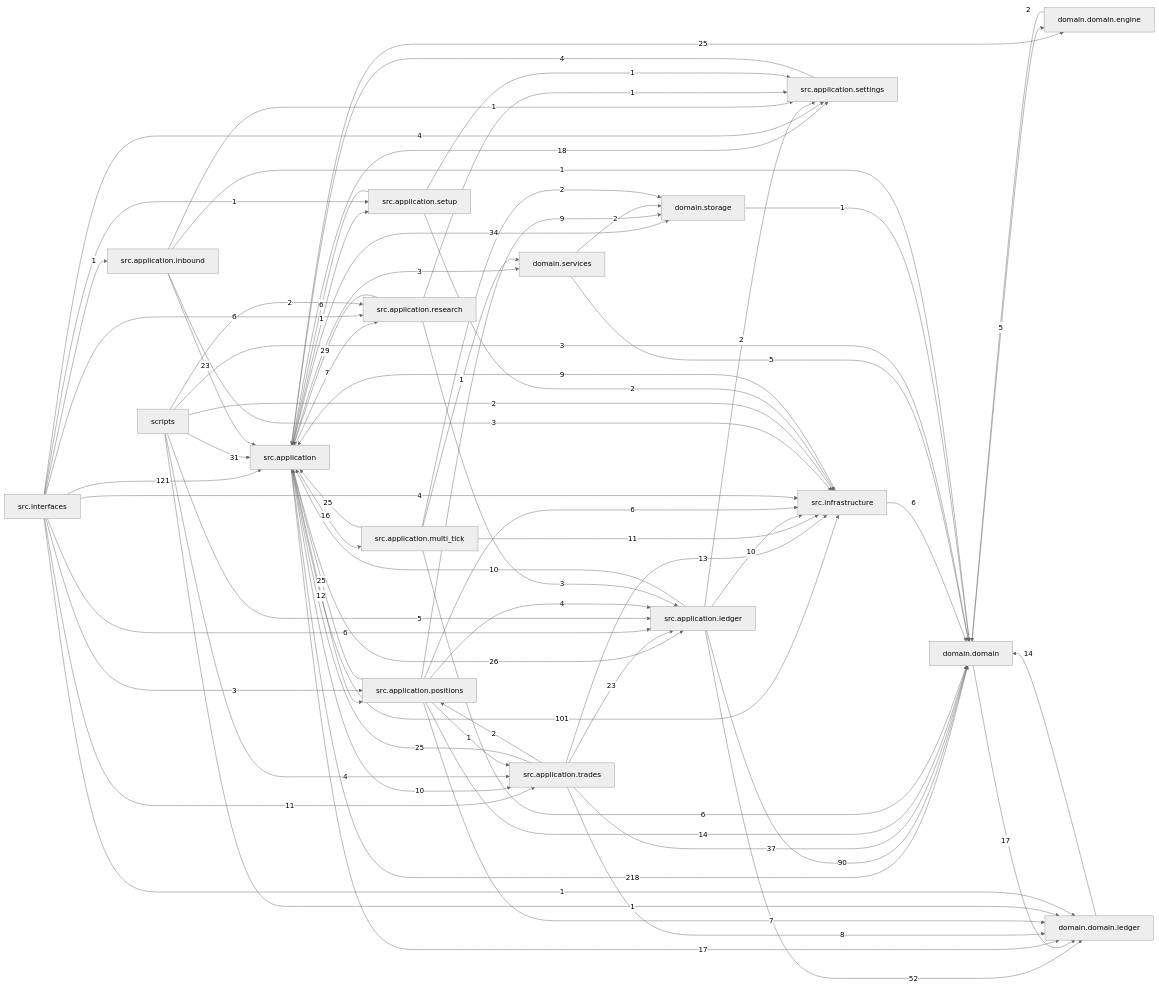
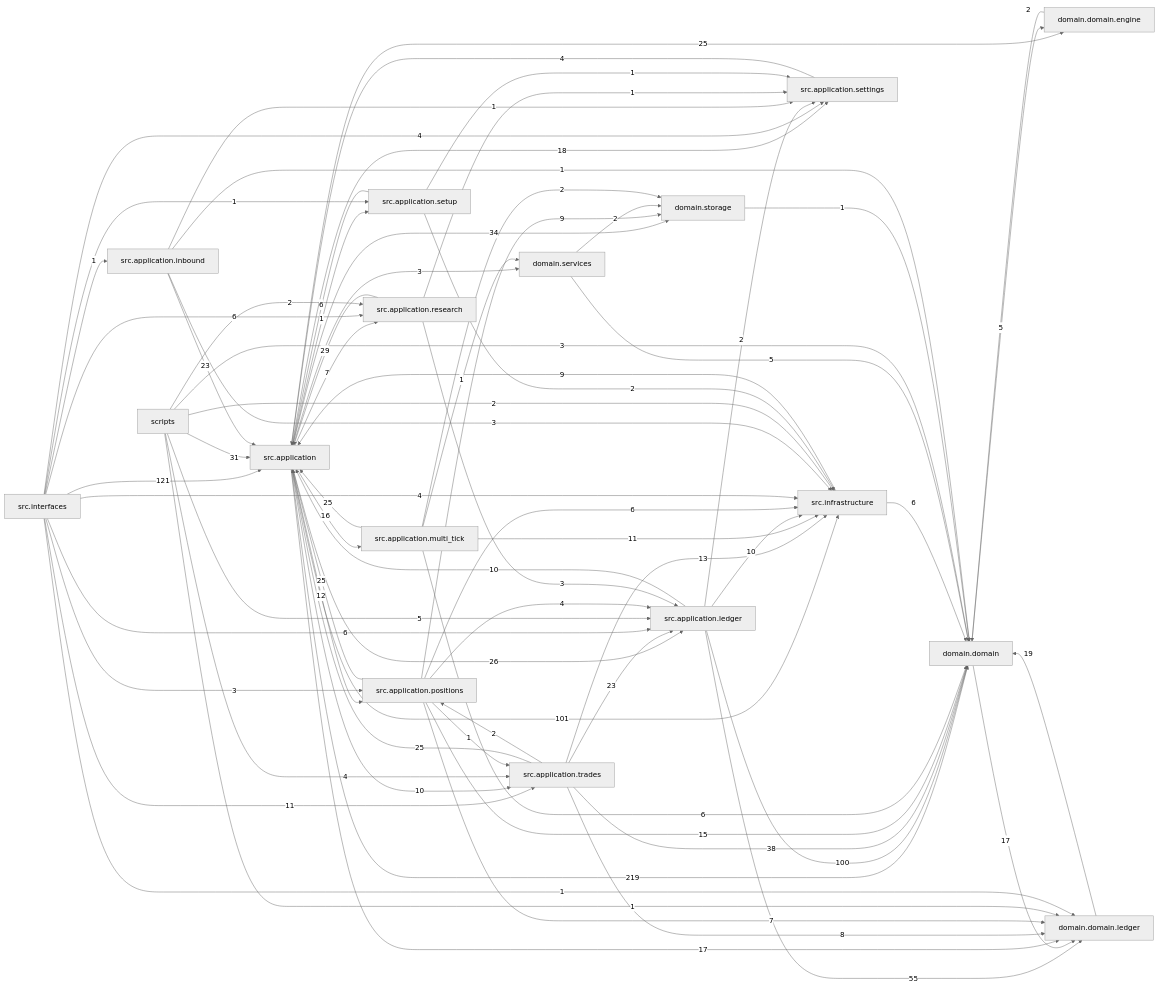
The diagram in docs/dependency_graph.mmd (liuxie066/options-monitor), drawn with Mermaid (neutral theme) before and after one commit. The commit also changed 158 other files, not shown here.

```diff
--- a/docs/dependency_graph.mmd
+++ b/docs/dependency_graph.mmd
@@ -1,74 +1,74 @@
 flowchart LR
-  src_application["src.application"] -->|218| domain_domain["domain.domain"]
+  src_application["src.application"] -->|219| domain_domain["domain.domain"]
   src_interfaces["src.interfaces"] -->|121| src_application["src.application"]
   src_application["src.application"] -->|101| src_infrastructure["src.infrastructure"]
-  src_application_ledger["src.application.ledger"] -->|90| domain_domain["domain.domain"]
-  src_application_ledger["src.application.ledger"] -->|52| domain_domain_ledger["domain.domain.ledger"]
-  src_application_trades["src.application.trades"] -->|37| domain_domain["domain.domain"]
+  src_application_ledger["src.application.ledger"] -->|100| domain_domain["domain.domain"]
+  src_application_ledger["src.application.ledger"] -->|55| domain_domain_ledger["domain.domain.ledger"]
+  src_application_trades["src.application.trades"] -->|38| domain_domain["domain.domain"]
   src_application["src.application"] -->|34| domain_storage["domain.storage"]
   scripts["scripts"] -->|31| src_application["src.application"]
   src_application_research["src.application.research"] -->|29| src_application["src.application"]
   src_application["src.application"] -->|26| src_application_ledger["src.application.ledger"]
   src_application["src.application"] -->|25| domain_domain_engine["domain.domain.engine"]
   src_application_multi_tick["src.application.multi_tick"] -->|25| src_application["src.application"]
   src_application_positions["src.application.positions"] -->|25| src_application["src.application"]
   src_application_trades["src.application.trades"] -->|25| src_application["src.application"]
   src_application_inbound["src.application.inbound"] -->|23| src_application["src.application"]
   src_application_trades["src.application.trades"] -->|23| src_application_ledger["src.application.ledger"]
+  domain_domain_ledger["domain.domain.ledger"] -->|19| domain_domain["domain.domain"]
   src_application["src.application"] -->|18| src_application_settings["src.application.settings"]
   domain_domain["domain.domain"] -->|17| domain_domain_ledger["domain.domain.ledger"]
   src_application["src.application"] -->|17| domain_domain_ledger["domain.domain.ledger"]
   src_application["src.application"] -->|16| src_application_multi_tick["src.application.multi_tick"]
-  domain_domain_ledger["domain.domain.ledger"] -->|14| domain_domain["domain.domain"]
-  src_application_positions["src.application.positions"] -->|14| domain_domain["domain.domain"]
+  src_application_positions["src.application.positions"] -->|15| domain_domain["domain.domain"]
   src_application_trades["src.application.trades"] -->|13| src_infrastructure["src.infrastructure"]
   src_application["src.application"] -->|12| src_application_positions["src.application.positions"]
   src_application_multi_tick["src.application.multi_tick"] -->|11| src_infrastructure["src.infrastructure"]
   src_interfaces["src.interfaces"] -->|11| src_application_trades["src.application.trades"]
   src_application["src.application"] -->|10| src_application_trades["src.application.trades"]
   src_application_ledger["src.application.ledger"] -->|10| src_application["src.application"]
   src_application_ledger["src.application.ledger"] -->|10| src_infrastructure["src.infrastructure"]
   src_application_positions["src.application.positions"] -->|9| domain_storage["domain.storage"]
   src_infrastructure["src.infrastructure"] -->|9| src_application["src.application"]
   src_application_trades["src.application.trades"] -->|8| domain_domain_ledger["domain.domain.ledger"]
   src_application["src.application"] -->|7| src_application_research["src.application.research"]
   src_application_positions["src.application.positions"] -->|7| domain_domain_ledger["domain.domain.ledger"]
   src_application_multi_tick["src.application.multi_tick"] -->|6| domain_domain["domain.domain"]
   src_application_positions["src.application.positions"] -->|6| src_infrastructure["src.infrastructure"]
   src_application_setup["src.application.setup"] -->|6| src_application["src.application"]
   src_infrastructure["src.infrastructure"] -->|6| domain_domain["domain.domain"]
   src_interfaces["src.interfaces"] -->|6| src_application_ledger["src.application.ledger"]
   src_interfaces["src.interfaces"] -->|6| src_application_research["src.application.research"]
   domain_domain["domain.domain"] -->|5| domain_domain_engine["domain.domain.engine"]
   domain_services["domain.services"] -->|5| domain_domain["domain.domain"]
   scripts["scripts"] -->|5| src_application_ledger["src.application.ledger"]
   scripts["scripts"] -->|4| src_application_trades["src.application.trades"]
   src_application_positions["src.application.positions"] -->|4| src_application_ledger["src.application.ledger"]
   src_application_settings["src.application.settings"] -->|4| src_application["src.application"]
   src_interfaces["src.interfaces"] -->|4| src_application_settings["src.application.settings"]
   src_interfaces["src.interfaces"] -->|4| src_infrastructure["src.infrastructure"]
   scripts["scripts"] -->|3| domain_domain["domain.domain"]
   src_application["src.application"] -->|3| domain_services["domain.services"]
   src_application_inbound["src.application.inbound"] -->|3| src_infrastructure["src.infrastructure"]
   src_application_research["src.application.research"] -->|3| src_application_ledger["src.application.ledger"]
   src_interfaces["src.interfaces"] -->|3| src_application_positions["src.application.positions"]
   domain_domain_engine["domain.domain.engine"] -->|2| domain_domain["domain.domain"]
   domain_services["domain.services"] -->|2| domain_storage["domain.storage"]
   scripts["scripts"] -->|2| src_application_research["src.application.research"]
   scripts["scripts"] -->|2| src_infrastructure["src.infrastructure"]
   src_application_ledger["src.application.ledger"] -->|2| src_application_settings["src.application.settings"]
   src_application_multi_tick["src.application.multi_tick"] -->|2| domain_storage["domain.storage"]
   src_application_setup["src.application.setup"] -->|2| src_infrastructure["src.infrastructure"]
   src_application_trades["src.application.trades"] -->|2| src_application_positions["src.application.positions"]
   domain_storage["domain.storage"] -->|1| domain_domain["domain.domain"]
   scripts["scripts"] -->|1| domain_domain_ledger["domain.domain.ledger"]
   src_application["src.application"] -->|1| src_application_setup["src.application.setup"]
   src_application_inbound["src.application.inbound"] -->|1| domain_domain["domain.domain"]
   src_application_inbound["src.application.inbound"] -->|1| src_application_settings["src.application.settings"]
   src_application_multi_tick["src.application.multi_tick"] -->|1| domain_services["domain.services"]
   src_application_positions["src.application.positions"] -->|1| src_application_trades["src.application.trades"]
   src_application_research["src.application.research"] -->|1| src_application_settings["src.application.settings"]
   src_application_setup["src.application.setup"] -->|1| src_application_settings["src.application.settings"]
   src_interfaces["src.interfaces"] -->|1| domain_domain_ledger["domain.domain.ledger"]
   src_interfaces["src.interfaces"] -->|1| src_application_inbound["src.application.inbound"]
   src_interfaces["src.interfaces"] -->|1| src_application_setup["src.application.setup"]
```
